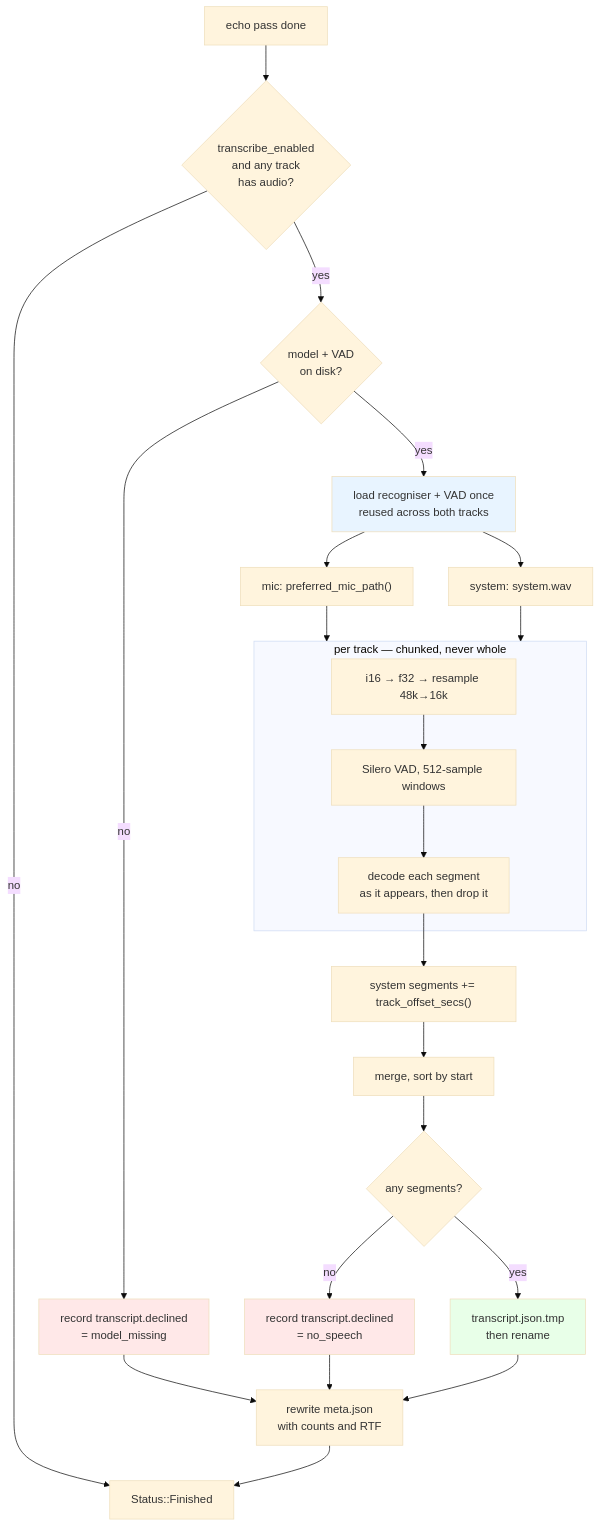
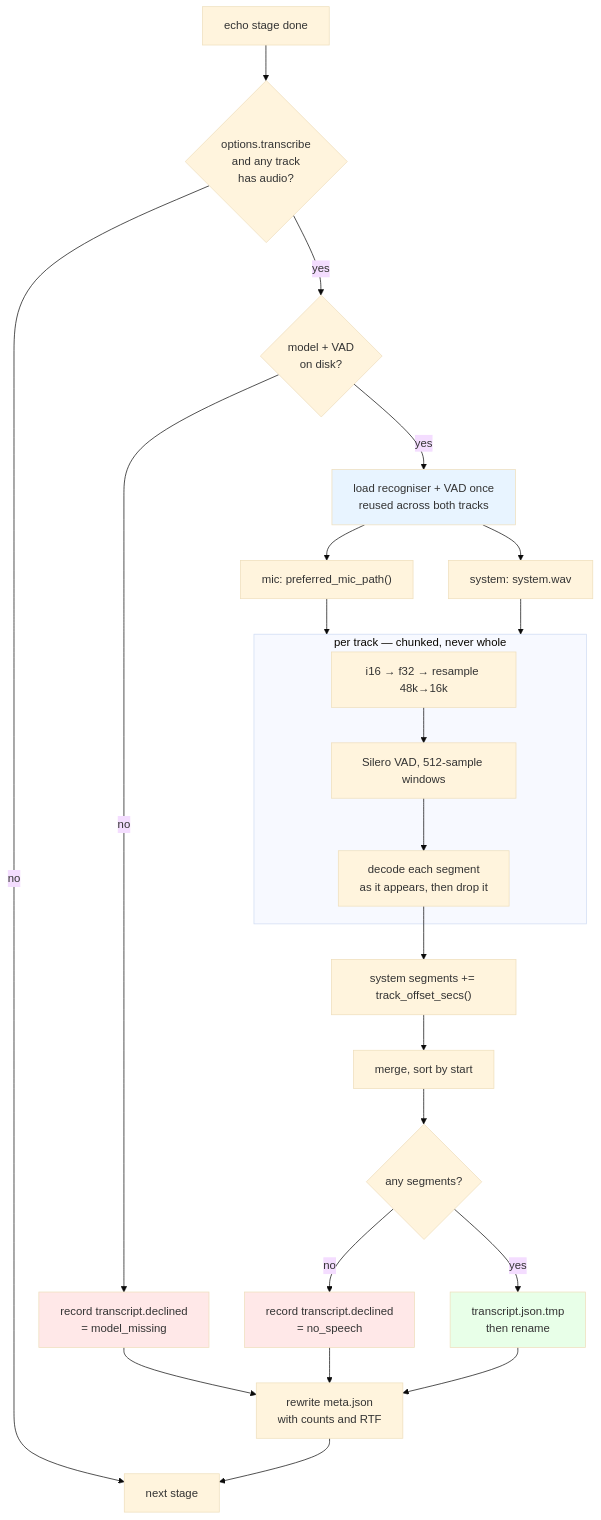
Before and after one commit to nfishel48/Jotter: the eighth of 9 diagrams in docs/ARCHITECTURE.md, drawn with Mermaid (base theme). The commit also changed other lines of this file and 80 other files, not shown here.

````diff
--- a/docs/ARCHITECTURE.md
+++ b/docs/ARCHITECTURE.md
@@ -354,36 +404,36 @@
 ```mermaid
 flowchart TB
-    S[echo pass done] --> G{transcribe_enabled<br/>and any track<br/>has audio?}
-    G -- no --> F[Status::Finished]
+    S[echo stage done] --> G{options.transcribe<br/>and any track<br/>has audio?}
+    G -- no --> F[next stage]
     G -- yes --> M{model + VAD<br/>on disk?}
     M -- no --> D["record transcript.declined<br/>= model_missing"]
     M -- yes --> L[load recogniser + VAD once<br/>reused across both tracks]
 
     L --> T1["mic: preferred_mic_path()"]
     L --> T2["system: system.wav"]
 
     subgraph per["per track — chunked, never whole"]
         R[i16 → f32 → resample 48k→16k]
         V[Silero VAD, 512-sample windows]
         X[decode each segment<br/>as it appears, then drop it]
         R --> V --> X
     end
 
     T1 --> per
     T2 --> per
 
     X --> SH["system segments += track_offset_secs()"]
     SH --> MG[merge, sort by start]
     MG --> E{any segments?}
     E -- no --> D2["record transcript.declined<br/>= no_speech"]
     E -- yes --> W[transcript.json.tmp<br/>then rename]
     W --> MT[rewrite meta.json<br/>with counts and RTF]
     D --> MT
     D2 --> MT
     MT --> F
 
     style L fill:#e8f4ff
     style D fill:#ffe8e8
     style D2 fill:#ffe8e8
     style W fill:#e8ffe8
 ```
````
